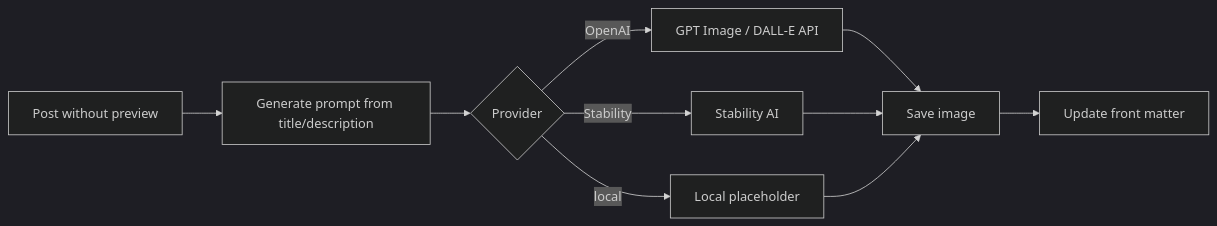
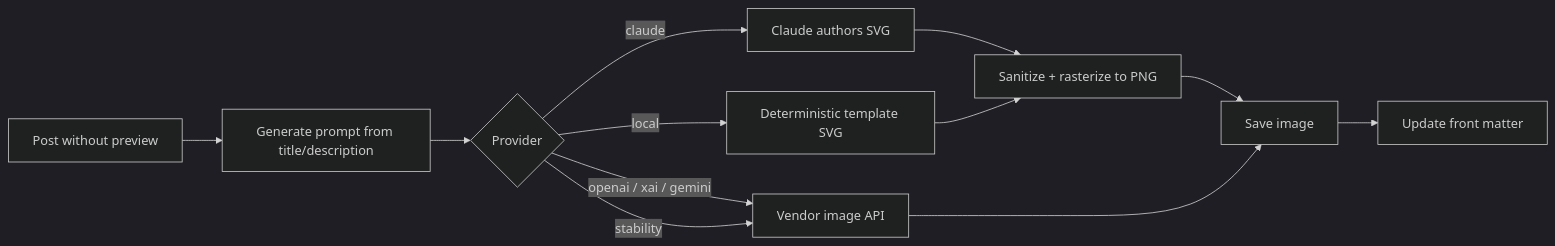
The diagram in pages/_docs/features/preview-image-generator.md (bamr87/zer0-mistakes), drawn with Mermaid (dark theme) before and after one commit. The commit also changed other lines of this file and 20 other files, not shown here.

````diff
--- a/pages/_docs/features/preview-image-generator.md
+++ b/pages/_docs/features/preview-image-generator.md
@@ -42,12 +45,14 @@
 ```mermaid
 graph LR
     A[Post without preview] --> B[Generate prompt from title/description]
     B --> C{Provider}
-    C -->|OpenAI| D[GPT Image / DALL-E API]
-    C -->|Stability| E[Stability AI]
-    C -->|local| F[Local placeholder]
-    D --> G[Save image]
+    C -->|claude| D[Claude authors SVG]
+    D --> D2[Sanitize + rasterize to PNG]
+    C -->|openai / xai / gemini| E[Vendor image API]
+    C -->|stability| E
+    C -->|local| F[Deterministic template SVG]
+    F --> D2
+    D2 --> G[Save image]
     E --> G
-    F --> G
     G --> H[Update front matter]
 ```
````
